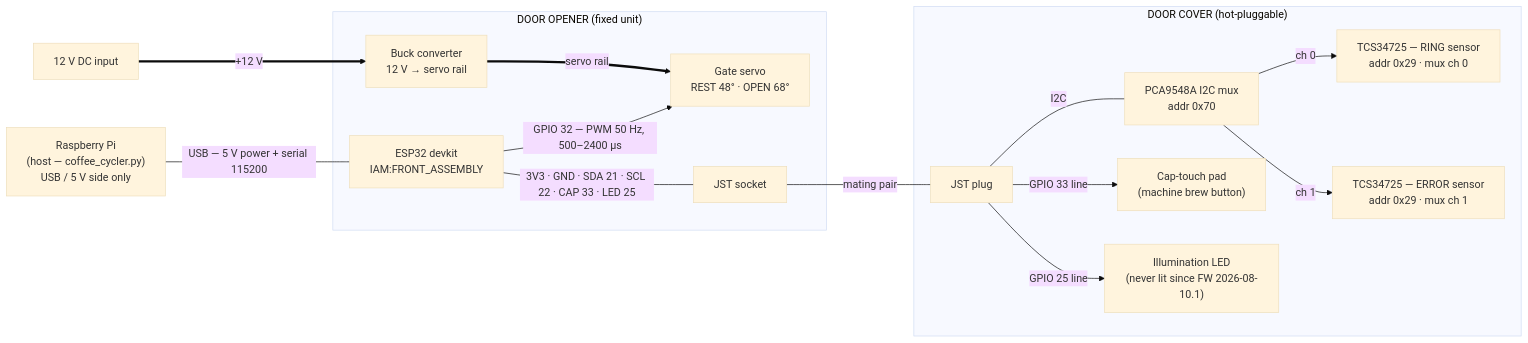
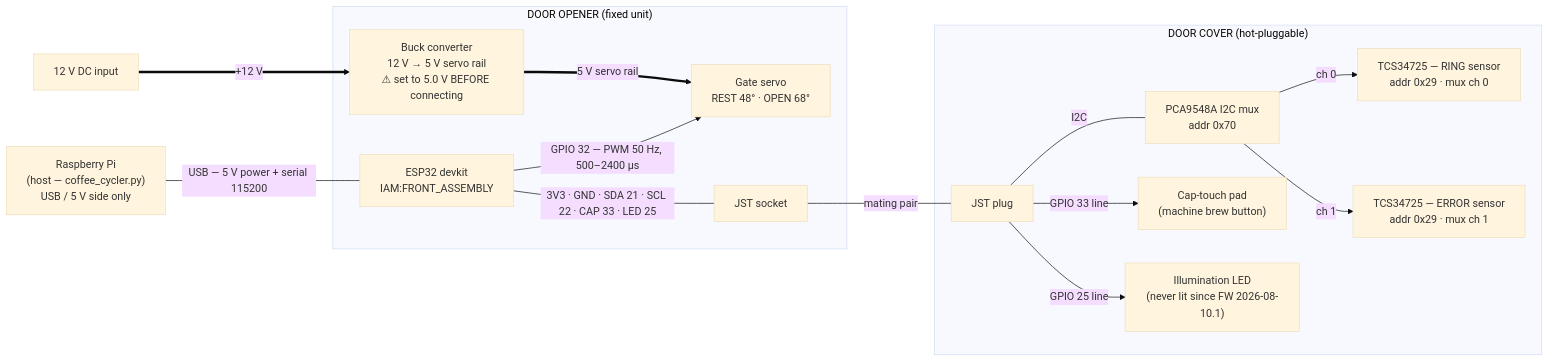
One commit to maxgoldenson/AutoCyclerCode changed the diagram in docs/front_assembly_wiring.md. Above: the diagram before and after it, drawn with Mermaid (base theme). The commit also changed other lines of this file and 1 other file, not shown here.

First line of the commit message:
Wiring docs: servo rail is a tuned 5V, and first-flash procedure

````diff
--- a/docs/front_assembly_wiring.md
+++ b/docs/front_assembly_wiring.md
@@ -27,33 +27,33 @@
 ```mermaid
 flowchart LR
     PI["Raspberry Pi<br/>(host — coffee_cycler.py)<br/>USB / 5 V side only"]
     PSU["12 V DC input"]
 
     subgraph OPENER["DOOR OPENER (fixed unit)"]
         ESP["ESP32 devkit<br/>IAM:FRONT_ASSEMBLY"]
-        BUCK["Buck converter<br/>12 V → servo rail"]
+        BUCK["Buck converter<br/>12 V → 5 V servo rail<br/>⚠ set to 5.0 V BEFORE connecting"]
         SRV["Gate servo<br/>REST 48° · OPEN 68°"]
         JSTA["JST socket"]
     end
 
     subgraph COVER["DOOR COVER (hot-pluggable)"]
         JSTB["JST plug"]
         MUX["PCA9548A I2C mux<br/>addr 0x70"]
         RING["TCS34725 — RING sensor<br/>addr 0x29 · mux ch 0"]
         ERR["TCS34725 — ERROR sensor<br/>addr 0x29 · mux ch 1"]
         CAP["Cap-touch pad<br/>(machine brew button)"]
         LED["Illumination LED<br/>(never lit since FW 2026-08-10.1)"]
     end
 
     PI   ---|"USB — 5 V power + serial 115200"| ESP
     PSU  ==>|"+12 V"| BUCK
-    BUCK ==>|"servo rail"| SRV
+    BUCK ==>|"5 V servo rail"| SRV
     ESP  -->|"GPIO 32 — PWM 50 Hz, 500–2400 µs"| SRV
     ESP  ---|"3V3 · GND · SDA 21 · SCL 22 · CAP 33 · LED 25"| JSTA
     JSTA ---|"mating pair"| JSTB
     JSTB ---|"I2C"| MUX
     MUX  -->|"ch 0"| RING
     MUX  -->|"ch 1"| ERR
     JSTB -->|"GPIO 33 line"| CAP
     JSTB -->|"GPIO 25 line"| LED
 ```
````
